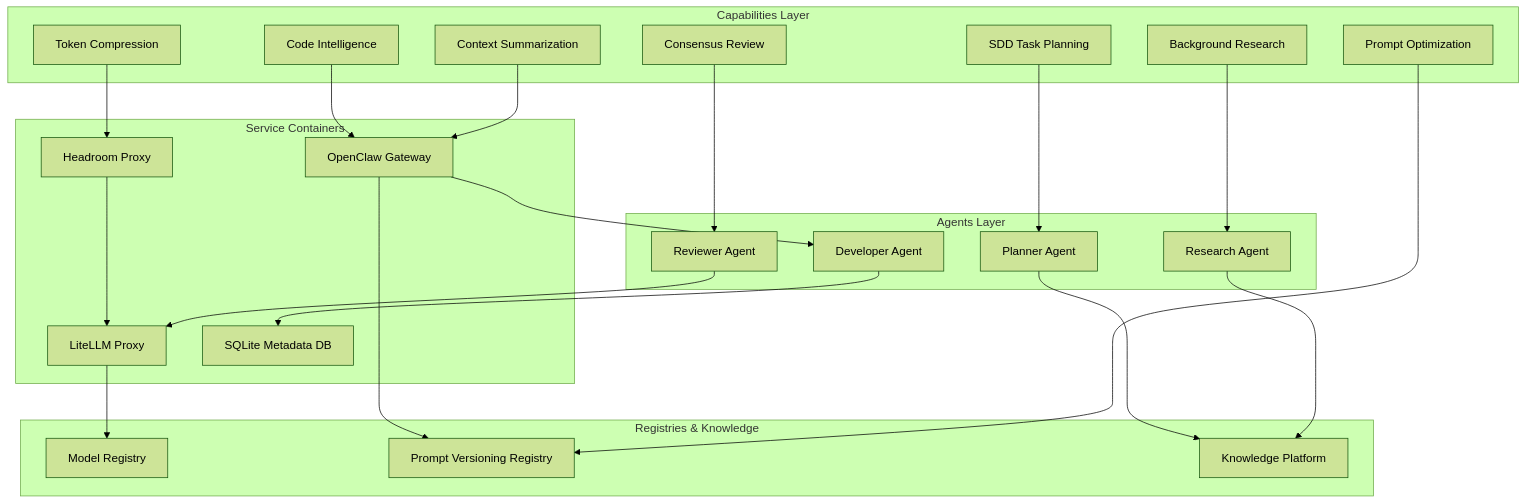
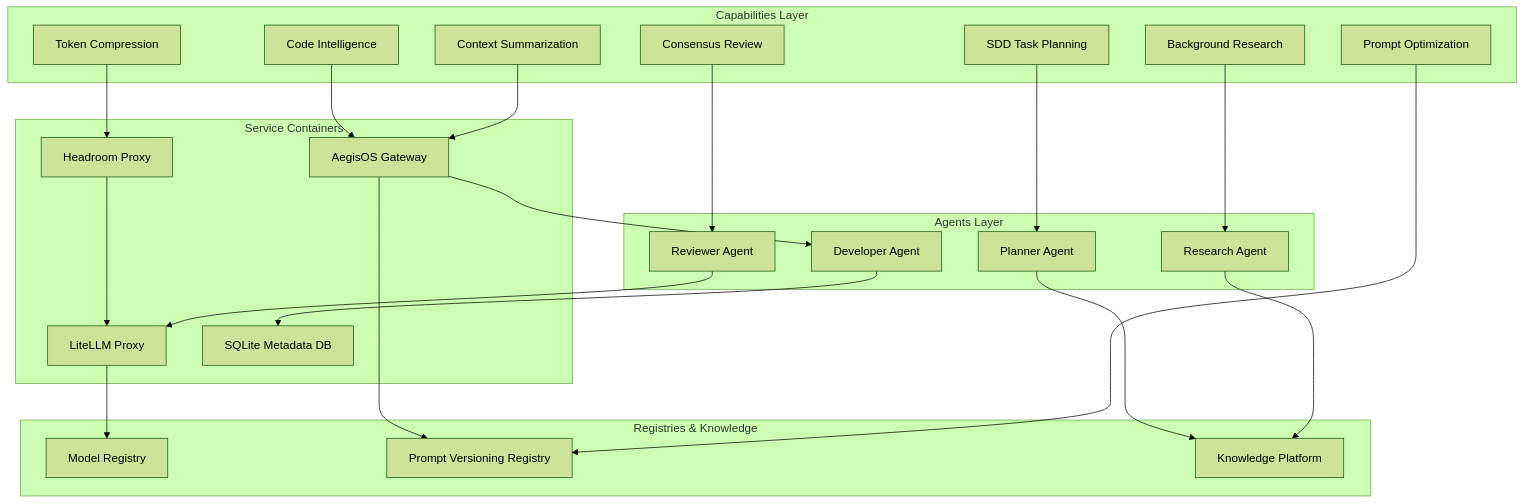
The first of 3 diagrams in docs/uawos_integration/04_integration_strategy.md (rjmad1/AegisOS), drawn with Mermaid (forest theme) before and after one commit. The commit also changed other lines of this file and 303 other files, not shown here.

Commit message:
refactor(branding): rename OpenClaw to AegisOS

````diff
--- a/docs/uawos_integration/04_integration_strategy.md
+++ b/docs/uawos_integration/04_integration_strategy.md
@@ -7,56 +7,56 @@
 ```mermaid
 graph TD
     %% Capability Mapping Path
     subgraph Capabilities Layer
         CodeIntel[Code Intelligence]
         TokenComp[Token Compression]
         ContextComp[Context Summarization]
         Planning[SDD Task Planning]
         Review[Consensus Review]
         Research[Background Research]
         Opt[Prompt Optimization]
     end
 
     subgraph Service Containers
-        OC_Cont[OpenClaw Gateway]
+        OC_Cont[AegisOS Gateway]
         LL_Cont[LiteLLM Proxy]
         HR_Cont[Headroom Proxy]
         DB_Cont[SQLite Metadata DB]
     end
 
     subgraph Agents Layer
         DevAgent[Developer Agent]
         PlanAgent[Planner Agent]
         ReviewAgent[Reviewer Agent]
         ResearchAgent[Research Agent]
     end
 
     subgraph Registries & Knowledge
         ModelReg[Model Registry]
         PromptReg[Prompt Versioning Registry]
         KnowRep[Knowledge Platform]
     end
 
     %% Mappings
     CodeIntel --> OC_Cont
     OC_Cont --> DevAgent
     DevAgent --> DB_Cont
 
     TokenComp --> HR_Cont
     HR_Cont --> LL_Cont
     LL_Cont --> ModelReg
 
     ContextComp --> OC_Cont
     OC_Cont --> PromptReg
 
     Planning --> PlanAgent
     PlanAgent --> KnowRep
 
     Review --> ReviewAgent
     ReviewAgent --> LL_Cont
 
     Research --> ResearchAgent
     ResearchAgent --> KnowRep
 
     Opt --> PromptReg
 ```
````
